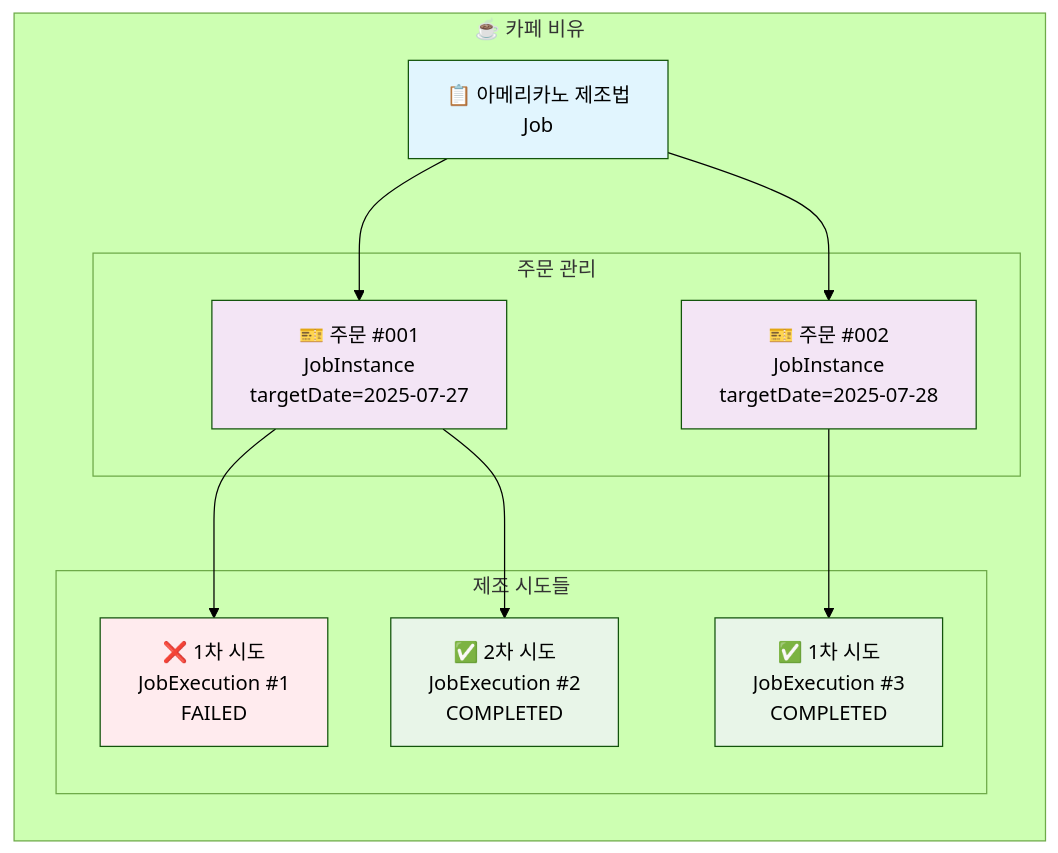
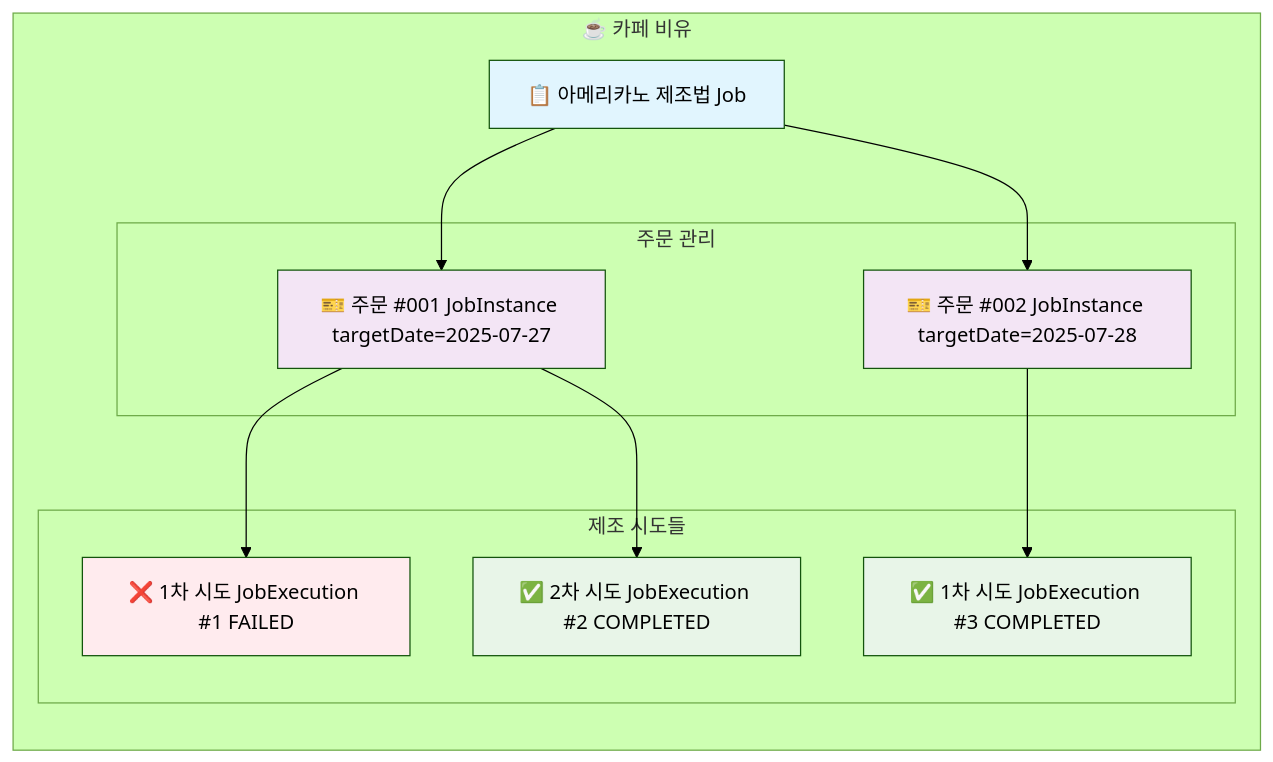
One commit to Jonny-Cho/jonny-cho.github.io changed the third of 4 diagrams in content/spring/2025-07-27-spring-batch-chapter2-hello-spring-batch.md. Above: the diagram before and after it, drawn with Mermaid (forest theme). The commit also changed 1 other file, not shown here.

Commit message:
chore: mermaid에서 br 제거

````diff
--- a/content/spring/2025-07-27-spring-batch-chapter2-hello-spring-batch.md
+++ b/content/spring/2025-07-27-spring-batch-chapter2-hello-spring-batch.md
@@ -618,30 +618,30 @@
 ```mermaid
 graph LR
     subgraph "☕ 카페 비유"
-        Menu[📋 아메리카노 제조법<br/>Job]
+        Menu[📋 아메리카노 제조법 Job]
         
         subgraph "주문 관리"
-            Order1[🎫 주문 #001<br/>JobInstance<br/>targetDate=2025-07-27]
-            Order2[🎫 주문 #002<br/>JobInstance<br/>targetDate=2025-07-28]
+            Order1[🎫 주문 #001 JobInstance targetDate=2025-07-27]
+            Order2[🎫 주문 #002 JobInstance targetDate=2025-07-28]
         end
         
         subgraph "제조 시도들"
-            Attempt1[❌ 1차 시도<br/>JobExecution #1<br/>FAILED]
-            Attempt2[✅ 2차 시도<br/>JobExecution #2<br/>COMPLETED]
-            Attempt3[✅ 1차 시도<br/>JobExecution #3<br/>COMPLETED]
+            Attempt1[❌ 1차 시도 JobExecution #1 FAILED]
+            Attempt2[✅ 2차 시도 JobExecution #2 COMPLETED]
+            Attempt3[✅ 1차 시도 JobExecution #3 COMPLETED]
         end
         
         Menu --> Order1
         Menu --> Order2
         Order1 --> Attempt1
         Order1 --> Attempt2
         Order2 --> Attempt3
     end
     
     style Menu fill:#e1f5fe
     style Order1 fill:#f3e5f5
     style Order2 fill:#f3e5f5
     style Attempt1 fill:#ffebee
     style Attempt2 fill:#e8f5e8
     style Attempt3 fill:#e8f5e8
 ```
````
